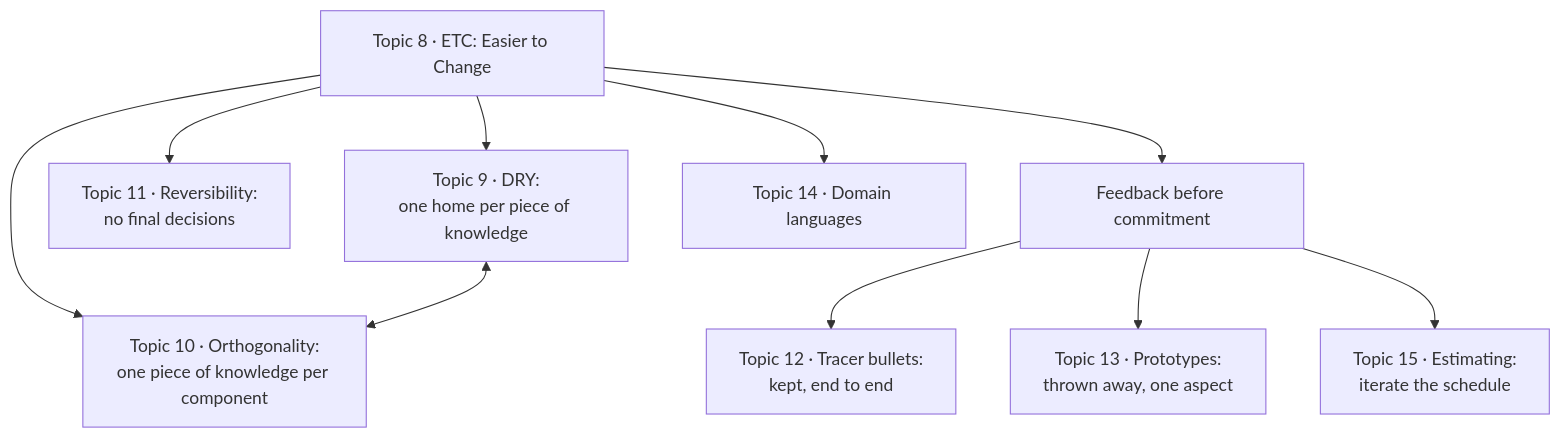
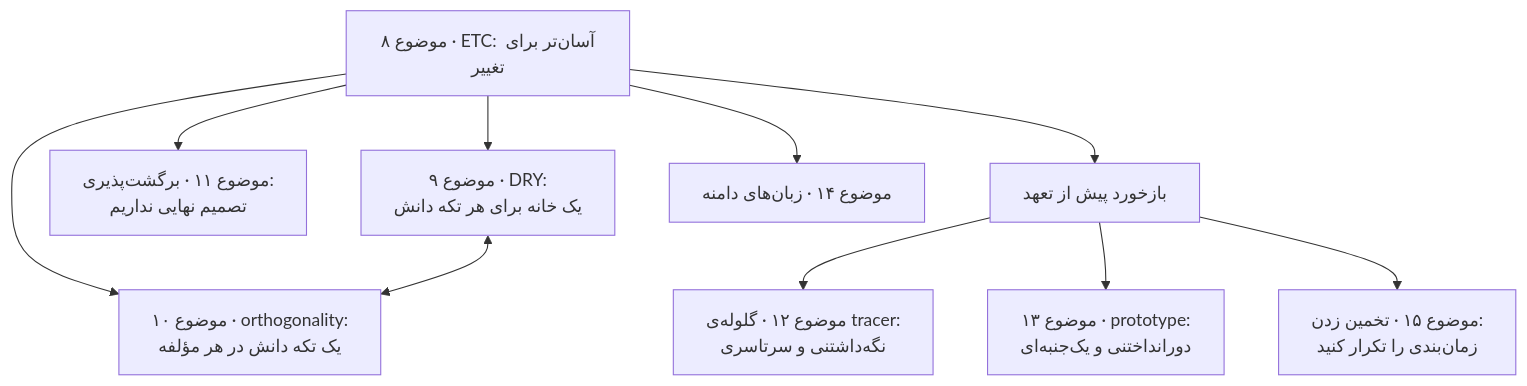
The diagram in books/the-pragmatic-programmer/chapters/02-a-pragmatic-approach.md (AlirezaHanifi/knowledge-vault), drawn with Mermaid before and after one commit. The commit also changed other lines of this file and 49 other files, not shown here.

````diff
--- a/books/the-pragmatic-programmer/chapters/02-a-pragmatic-approach.md
+++ b/books/the-pragmatic-programmer/chapters/02-a-pragmatic-approach.md
@@ -55,12 +57,12 @@
 ```mermaid
 flowchart TB
-    ETC["Topic 8 · ETC: Easier to Change"] --> DRY["Topic 9 · DRY:<br/>one home per piece of knowledge"]
-    ETC --> ORTH["Topic 10 · Orthogonality:<br/>one piece of knowledge per component"]
-    ETC --> REV["Topic 11 · Reversibility:<br/>no final decisions"]
+    ETC["موضوع ۸ · ETC: آسان‌تر برای تغییر"] --> DRY["موضوع ۹ · DRY:<br/>یک خانه برای هر تکه دانش"]
+    ETC --> ORTH["موضوع ۱۰ · orthogonality:<br/>یک تکه دانش در هر مؤلفه"]
+    ETC --> REV["موضوع ۱۱ · برگشت‌پذیری:<br/>تصمیم نهایی نداریم"]
     DRY <--> ORTH
-    ETC --> FB["Feedback before commitment"]
-    FB --> TB["Topic 12 · Tracer bullets:<br/>kept, end to end"]
-    FB --> PR["Topic 13 · Prototypes:<br/>thrown away, one aspect"]
-    ETC --> DL["Topic 14 · Domain languages"]
-    FB --> EST["Topic 15 · Estimating:<br/>iterate the schedule"]
+    ETC --> FB["بازخورد پیش از تعهد"]
+    FB --> TB["موضوع ۱۲ · گلوله‌ی tracer:<br/>نگه‌داشتنی و سر‌تا‌سری"]
+    FB --> PR["موضوع ۱۳ · prototype:<br/>دور‌انداختنی و یک‌جنبه‌ای"]
+    ETC --> DL["موضوع ۱۴ · زبان‌های دامنه"]
+    FB --> EST["موضوع ۱۵ · تخمین زدن:<br/>زمان‌بندی را تکرار کنید"]
 ```
````
